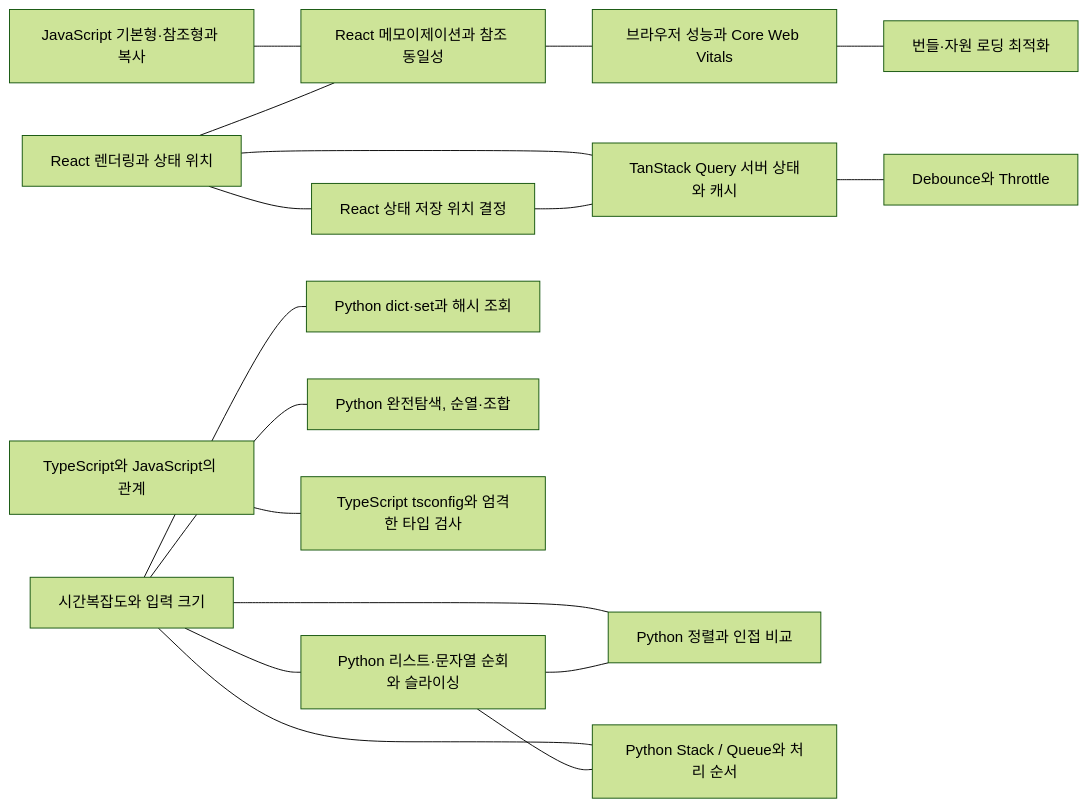
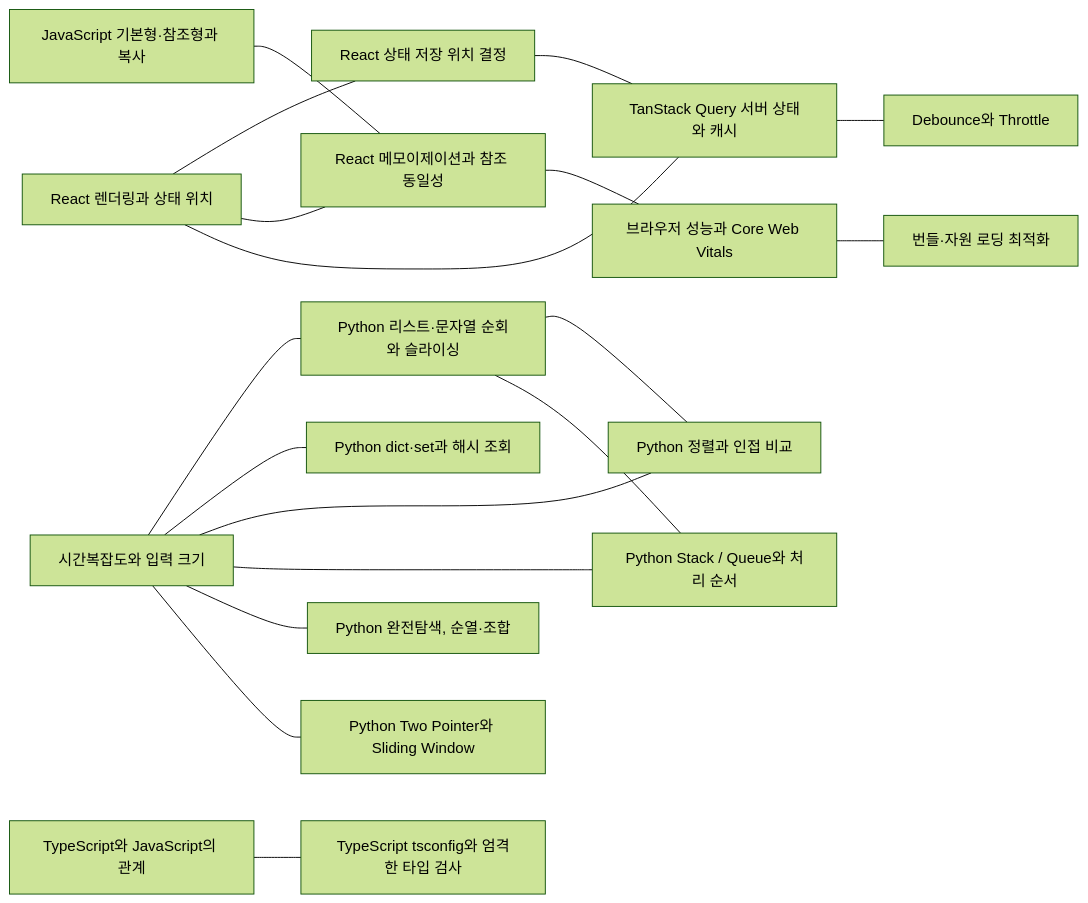
The diagram in README.md (Dev-SangWoo/my-dev-wiki), drawn with Mermaid (forest theme) before and after one commit.

Commit message:
슬라이딩 윈도우 지식 그래프 갱신

````diff
--- a/README.md
+++ b/README.md
@@ -15,36 +15,38 @@
 ```mermaid
 graph LR
     jsdata["JavaScript 기본형·참조형과 복사"]
     rendering["React 렌더링과 상태 위치"]
     state["React 상태 저장 위치 결정"]
     memo["React 메모이제이션과 참조 동일성"]
     query["TanStack Query 서버 상태와 캐시"]
     debounce["Debounce와 Throttle"]
     browser["브라우저 성능과 Core Web Vitals"]
     loading["번들·자원 로딩 최적화"]
     complexity["시간복잡도와 입력 크기"]
     pylist["Python 리스트·문자열 순회와 슬라이싱"]
     pyhash["Python dict·set과 해시 조회"]
     pysort["Python 정렬과 인접 비교"]
     pystack["Python Stack / Queue와 처리 순서"]
     pybrute["Python 완전탐색, 순열·조합"]
+    pywindow["Python Two Pointer와 Sliding Window"]
     tsjs["TypeScript와 JavaScript의 관계"]
     tsconfig["TypeScript tsconfig와 엄격한 타입 검사"]
 
     jsdata --- memo
     rendering --- state
     rendering --- memo
     rendering --- query
     state --- query
     query --- debounce
     memo --- browser
     browser --- loading
     complexity --- pylist
     complexity --- pyhash
     complexity --- pysort
     complexity --- pystack
     complexity --- pybrute
+    complexity --- pywindow
     pylist --- pysort
     pylist --- pystack
     tsjs --- tsconfig
 ```
````
